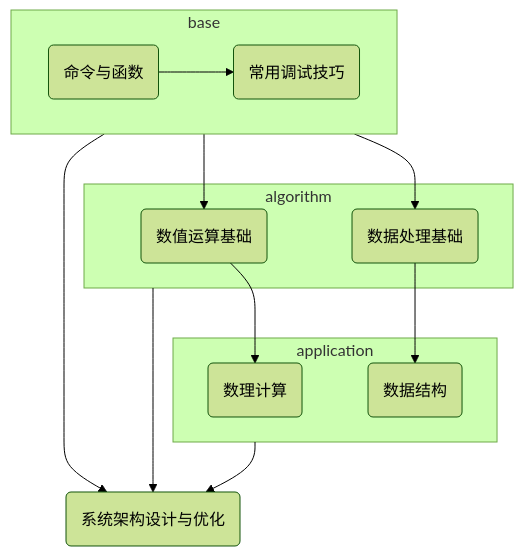
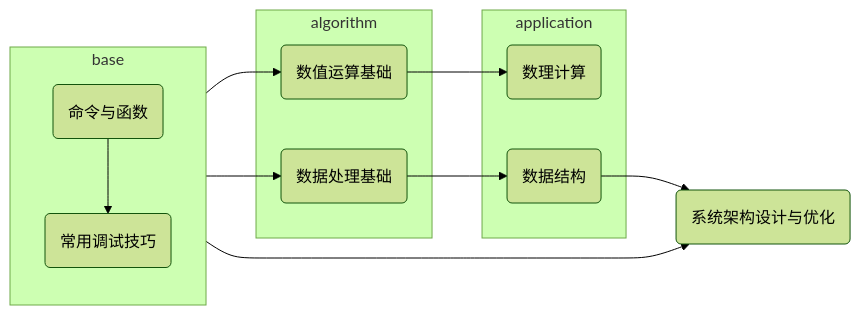
The first of 5 diagrams in xiaodou123's theory.md (xiaodou8593/Xiaodou-sTheory), drawn with Mermaid (forest theme) before and after one commit.

Commit message:
modified:   xiaodou123's theory.md

````diff
--- a/xiaodou123's theory.md
+++ b/xiaodou123's theory.md
@@ -57,22 +57,21 @@
 ```mermaid
-flowchart TB
+flowchart LR
     subgraph base
     a1("命令与函数")-->a2("常用调试技巧")
     end
     subgraph algorithm
     b1("数值运算基础")
     b2("数据处理基础")
     end
     subgraph application
     c1("数理计算")
     c2("数据结构")
     end
     base --> b1
     base --> b2
     b1-->c1
     b2-->c2
     d("系统架构设计与优化")
     base-->d
-    algorithm-->d
-    application-->d
+    c2-->d
 ```
````
